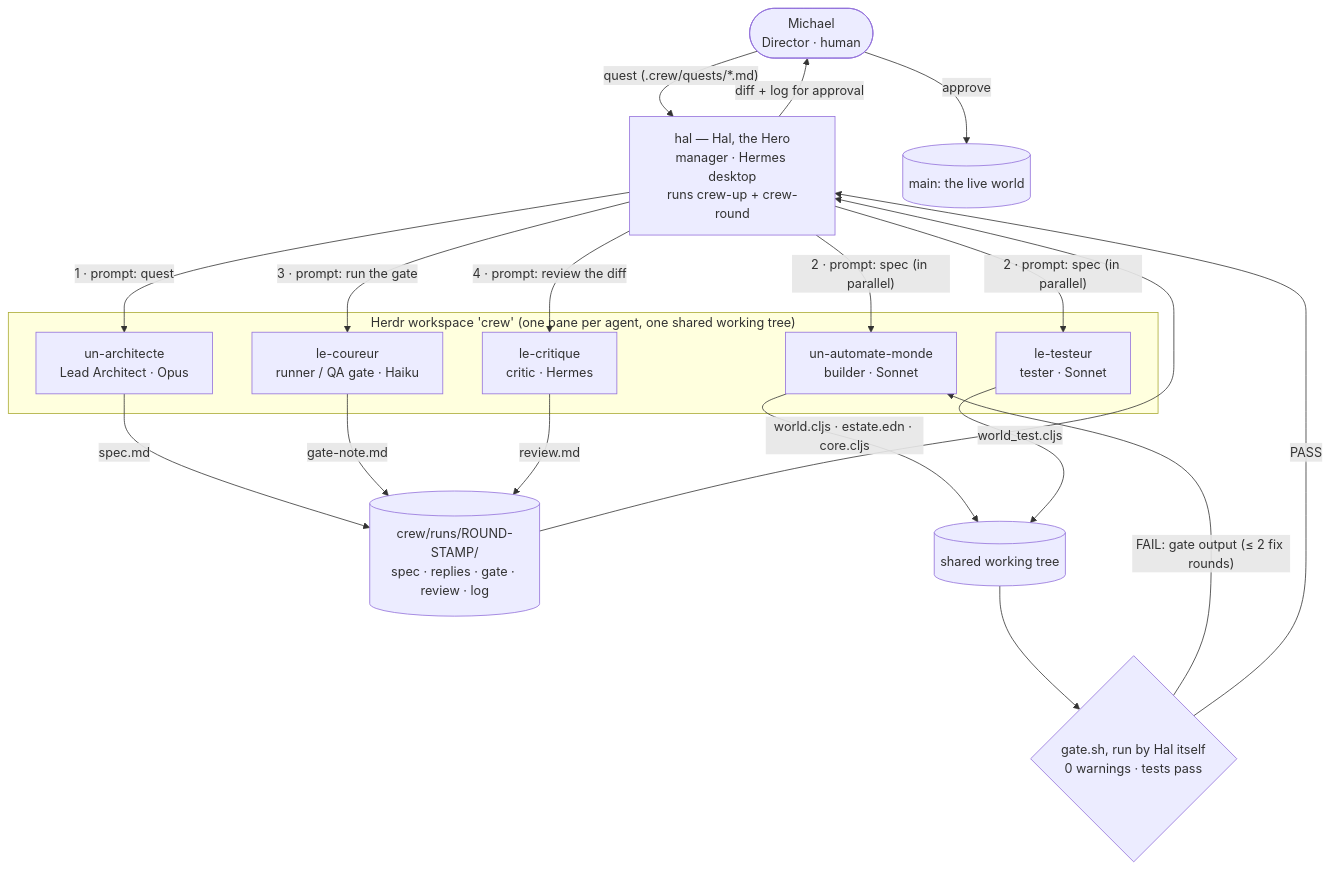
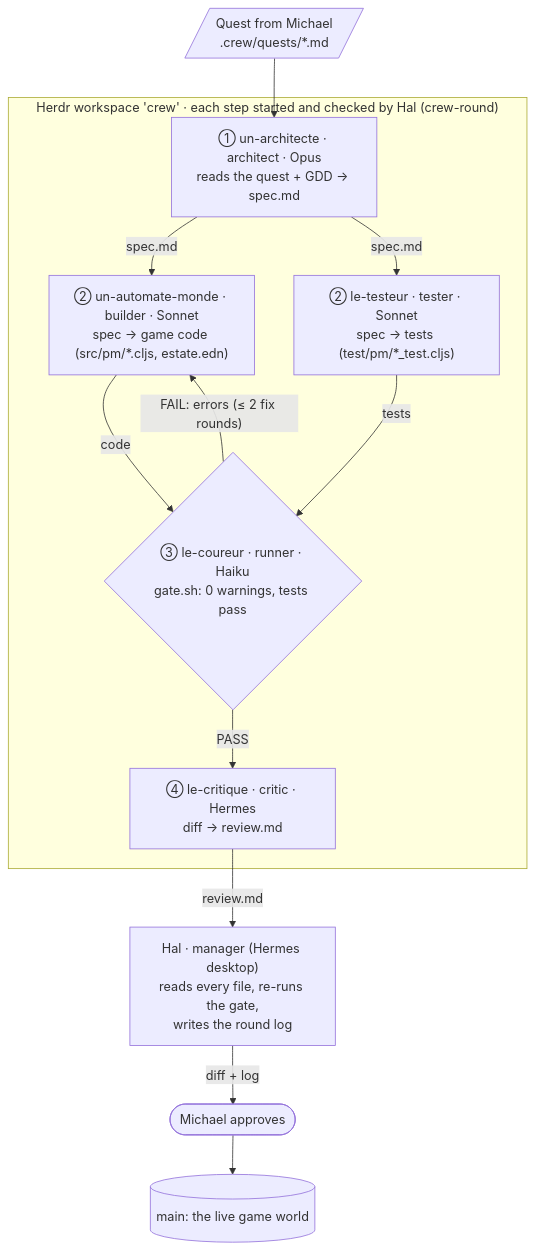
One commit to xicubed/prime-meridian changed the diagram in crew/README.md. Above: the diagram before and after it, drawn with Mermaid. The commit also changed 1 other file, not shown here.

Commit message:
Crew diagram redrawn as a readable pipeline; front-page link to the agent crew

````diff
--- a/crew/README.md
+++ b/crew/README.md
@@ -55,31 +55,22 @@
 ```mermaid
 flowchart TD
-    M(["Michael<br/>Director · human"]) -- "quest (.crew/quests/*.md)" --> H
+    Q[/"Quest from Michael<br/>.crew/quests/*.md"/] --> A
 
-    subgraph Herdr["Herdr workspace 'crew' (one pane per agent, one shared working tree)"]
-        A["un-architecte<br/>Lead Architect · Opus"]
-        B["un-automate-monde<br/>builder · Sonnet"]
-        T["le-testeur<br/>tester · Sonnet"]
-        R["le-coureur<br/>runner / QA gate · Haiku"]
-        C["le-critique<br/>critic · Hermes"]
+    subgraph crew["Herdr workspace 'crew' · each step started and checked by Hal (crew-round)"]
+        A["① un-architecte · architect · Opus<br/>reads the quest + GDD → spec.md"]
+        B["② un-automate-monde · builder · Sonnet<br/>spec → game code (src/pm/*.cljs, estate.edn)"]
+        T["② le-testeur · tester · Sonnet<br/>spec → tests (test/pm/*_test.cljs)"]
+        G{"③ le-coureur · runner · Haiku<br/>gate.sh: 0 warnings, tests pass"}
+        C["④ le-critique · critic · Hermes<br/>diff → review.md"]
+        A -- "spec.md" --> B
+        A -- "spec.md" --> T
+        B -- "code" --> G
+        T -- "tests" --> G
+        G -- "FAIL: errors (≤ 2 fix rounds)" --> B
+        G -- "PASS" --> C
     end
 
-    H["hal — Hal, the Hero<br/>manager · Hermes desktop<br/>runs crew-up + crew-round"]
-
-    H -- "1 · prompt: quest" --> A
-    A -- "spec.md" --> RUN[("crew/runs/ROUND-STAMP/<br/>spec · replies · gate · review · log")]
-    H -- "2 · prompt: spec (in parallel)" --> B
-    H -- "2 · prompt: spec (in parallel)" --> T
-    B -- "world.cljs · estate.edn · core.cljs" --> WT[("shared working tree")]
-    T -- "world_test.cljs" --> WT
-    H -- "3 · prompt: run the gate" --> R
-    R -- "gate-note.md" --> RUN
-    WT --> G{"gate.sh, run by Hal itself<br/>0 warnings · tests pass"}
-    G -- "FAIL: gate output (≤ 2 fix rounds)" --> B
-    G -- "PASS" --> H
-    H -- "4 · prompt: review the diff" --> C
-    C -- "review.md" --> RUN
-    RUN --> H
-    H -- "diff + log for approval" --> M
-    M -- "approve" --> MAIN[("main: the live world")]
+    C -- "review.md" --> H["Hal · manager (Hermes desktop)<br/>reads every file, re-runs the gate,<br/>writes the round log"]
+    H -- "diff + log" --> M(["Michael approves"])
+    M --> MAIN[("main: the live game world")]
 ```
````
